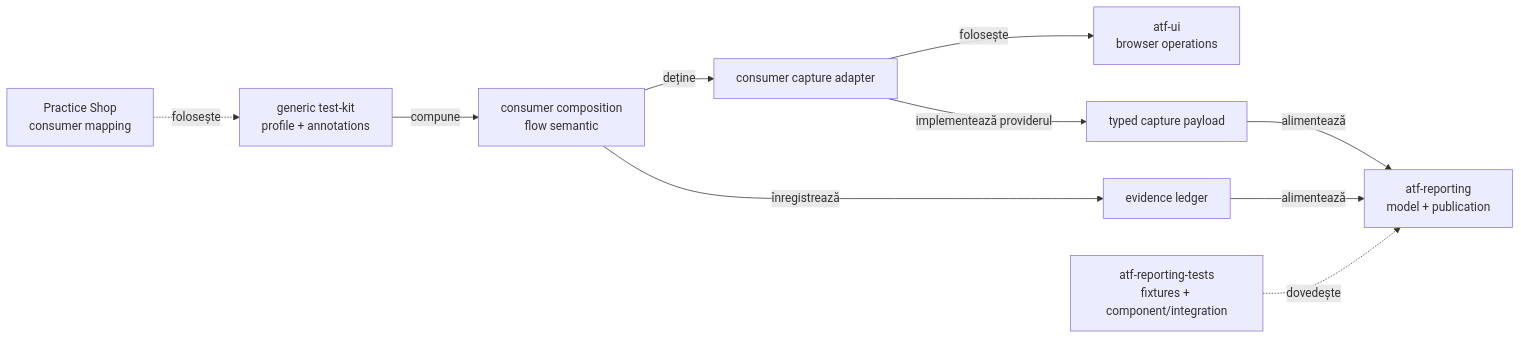
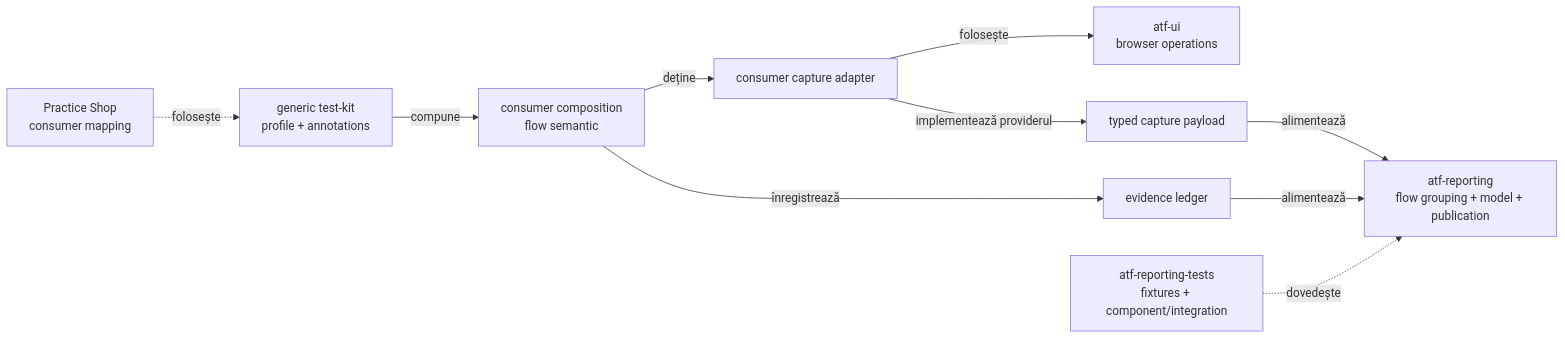
The second of 3 diagrams in docs/ATF_Evidence_Capture_Contract.md (crististefanita/demo2), drawn with Mermaid before and after one commit. The commit also changed other lines of this file and 48 other files, not shown here.

Commit message:
Refine report evidence and Practice Shop flows

````diff
--- a/docs/ATF_Evidence_Capture_Contract.md
+++ b/docs/ATF_Evidence_Capture_Contract.md
@@ -88,12 +96,12 @@
 ```mermaid
 flowchart LR
     TestKit[generic test-kit<br/>profile + annotations] -->|compune| Consumer[consumer composition<br/>flow semantic]
     Consumer -->|deține| Adapter[consumer capture adapter]
     Adapter -->|folosește| Ui[atf-ui<br/>browser operations]
     Consumer -->|înregistrează| Ledger[evidence ledger]
     Adapter -->|implementează providerul| Capture[typed capture payload]
-    Ledger -->|alimentează| Reporting[atf-reporting<br/>model + publication]
+    Ledger -->|alimentează| Reporting[atf-reporting<br/>flow grouping + model + publication]
     Capture -->|alimentează| Reporting
     ReportingTests[atf-reporting-tests<br/>fixtures + component/integration] -. dovedește .-> Reporting
     PracticeShop[Practice Shop<br/>consumer mapping] -. folosește .-> TestKit
 ```
````
